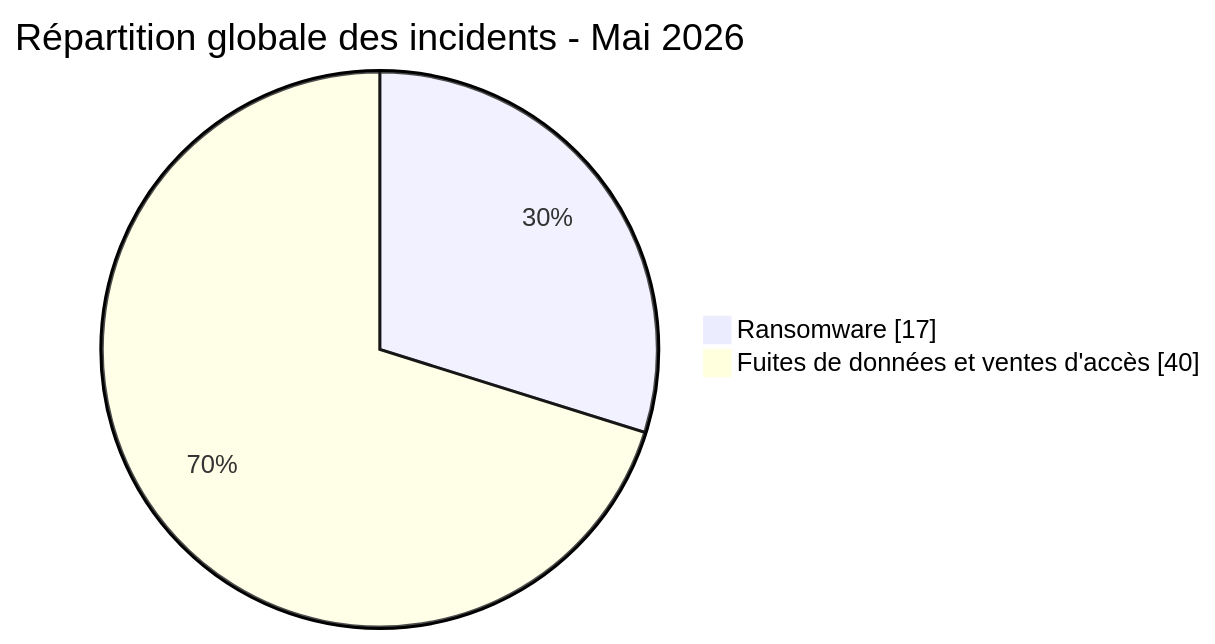
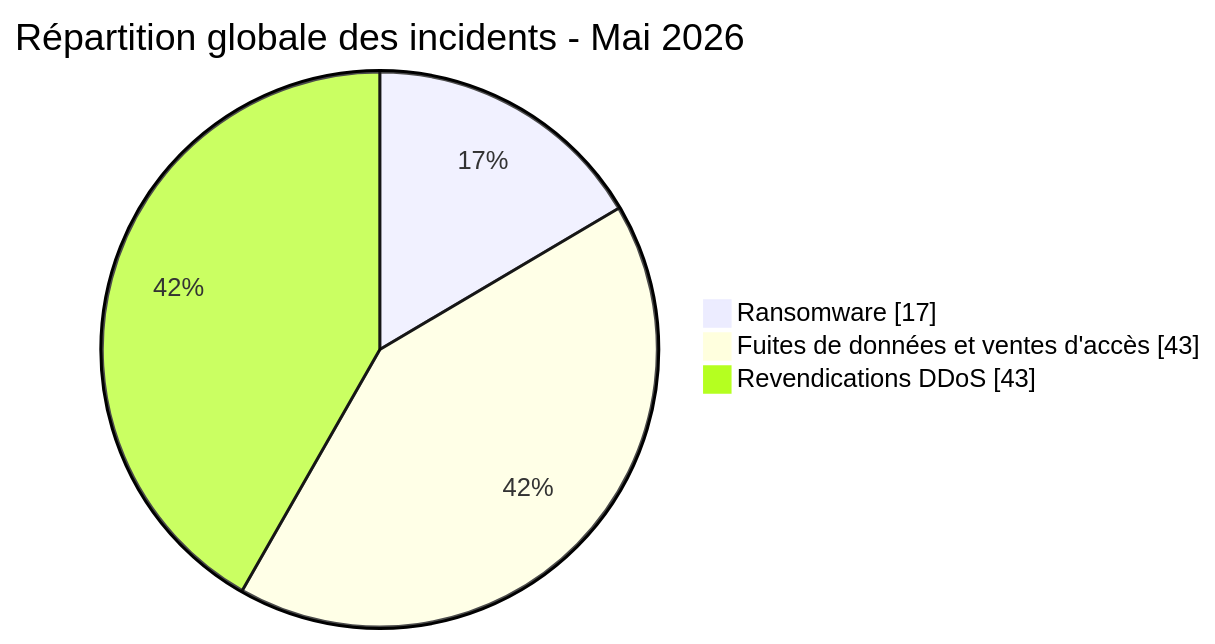
One commit to Hatchepsoute/AFRINTEL changed the first of 7 diagrams in statistics/2026/05-may/README_FR.md. Above: the diagram before and after it, drawn with Mermaid. The commit also changed other lines of this file and 48 other files, not shown here.

````diff
--- a/statistics/2026/05-may/README_FR.md
+++ b/statistics/2026/05-may/README_FR.md
@@ -44,6 +45,7 @@
 ```mermaid
 pie showData
     title Répartition globale des incidents - Mai 2026
     "Ransomware" : 17
-    "Fuites de données et ventes d'accès" : 40
+    "Fuites de données et ventes d'accès" : 43
+    "Revendications DDoS" : 43
 ```
````
